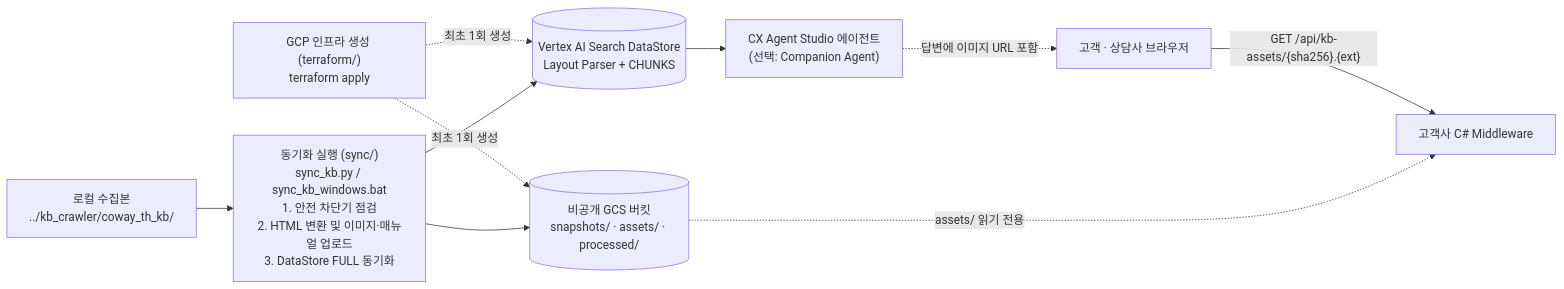
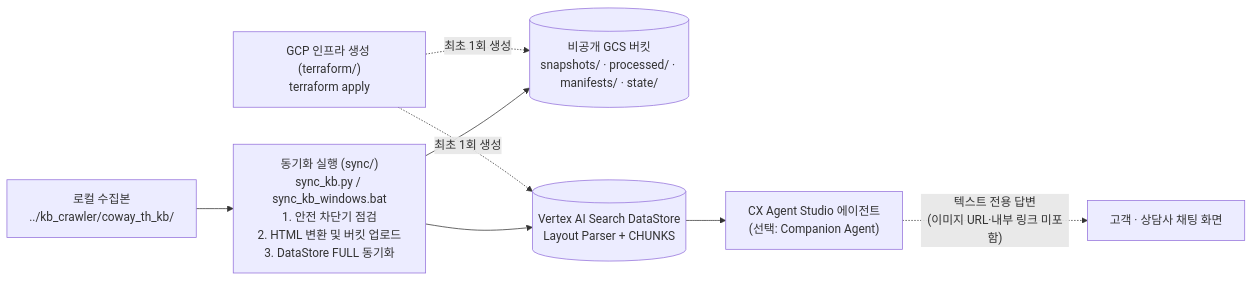
One commit to ryanahn96/kb-crawler changed the diagram in kb_pipeline/README.md. Above: the diagram before and after it, drawn with Mermaid. The commit also changed other lines of this file and 14 other files, not shown here.

Commit message:
Remove C# image middleware and simplify HTML image pipeline

````diff
--- a/kb_pipeline/README.md
+++ b/kb_pipeline/README.md
@@ -17,12 +17,10 @@
 ```mermaid
 flowchart LR
-    RAW["로컬 수집본<br/>../kb_crawler/coway_th_kb/"] --> S["동기화 실행 (sync/)<br/>sync_kb.py / sync_kb_windows.bat<br/>1. 안전 차단기 점검<br/>2. HTML 변환 및 이미지·매뉴얼 업로드<br/>3. DataStore FULL 동기화"]
+    RAW["로컬 수집본<br/>../kb_crawler/coway_th_kb/"] --> S["동기화 실행 (sync/)<br/>sync_kb.py / sync_kb_windows.bat<br/>1. 안전 차단기 점검<br/>2. HTML 변환 및 버킷 업로드<br/>3. DataStore FULL 동기화"]
     TF["GCP 인프라 생성 (terraform/)<br/>terraform apply"] -. "최초 1회 생성" .-> B
     TF -. "최초 1회 생성" .-> DS
-    S --> B[("비공개 GCS 버킷<br/>snapshots/ · assets/ · processed/")]
+    S --> B[("비공개 GCS 버킷<br/>snapshots/ · processed/ · manifests/ · state/")]
     S --> DS[("Vertex AI Search DataStore<br/>Layout Parser + CHUNKS")]
     DS --> AG["CX Agent Studio 에이전트<br/>(선택: Companion Agent)"]
-    AG -. "답변에 이미지 URL 포함" .-> UI["고객 · 상담사 브라우저"]
-    UI -->|"GET /api/kb-assets/{sha256}.{ext}"| MW["고객사 C# Middleware"]
-    B -. "assets/ 읽기 전용" .-> MW
+    AG -. "텍스트 전용 답변<br/>(이미지 URL·내부 링크 미포함)" .-> UI["고객 · 상담사 채팅 화면"]
 ```
````
